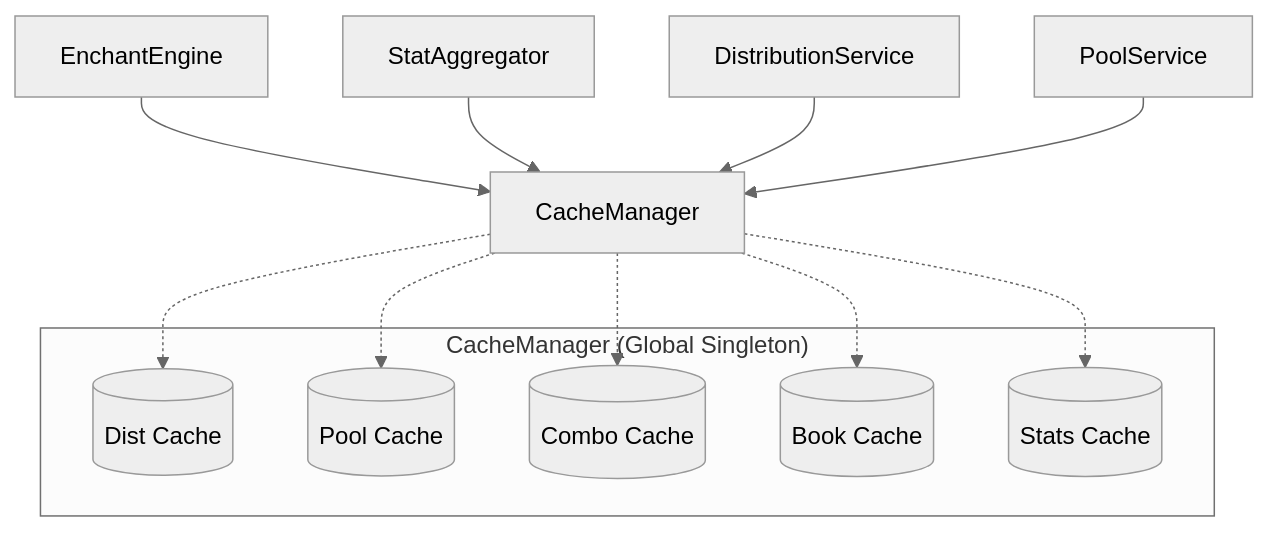
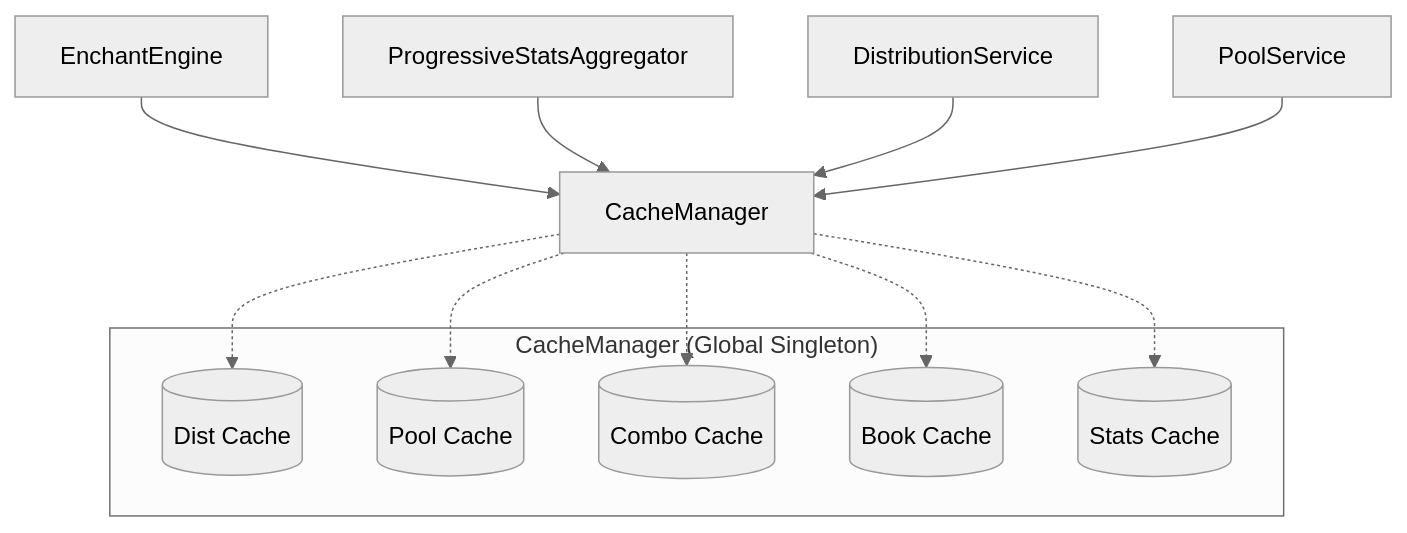
One commit to JonathanBraverDev/mc-enchanting-analyzer changed the first of 2 diagrams in ARCHITECTURE.md. Above: the diagram before and after it, drawn with Mermaid (neutral theme). The commit also changed other lines of this file and 67 other files, not shown here.

````diff
--- a/ARCHITECTURE.md
+++ b/ARCHITECTURE.md
@@ -200,21 +192,21 @@
 ```mermaid
 graph TD
     EE[EnchantEngine] --> CM[CacheManager]
-    SA[StatAggregator] --> CM
+    PSA[ProgressiveStatsAggregator] --> CM
     DS[DistributionService] --> CM
     PS[PoolService] --> CM
     
     subgraph "CacheManager (Global Singleton)"
         D[(Dist Cache)]
         P[(Pool Cache)]
         C[(Combo Cache)]
         B[(Book Cache)]
         S[(Stats Cache)]
     end
     
     CM -.-> D
     CM -.-> P
     CM -.-> C
     CM -.-> B
     CM -.-> S
 ```
````
